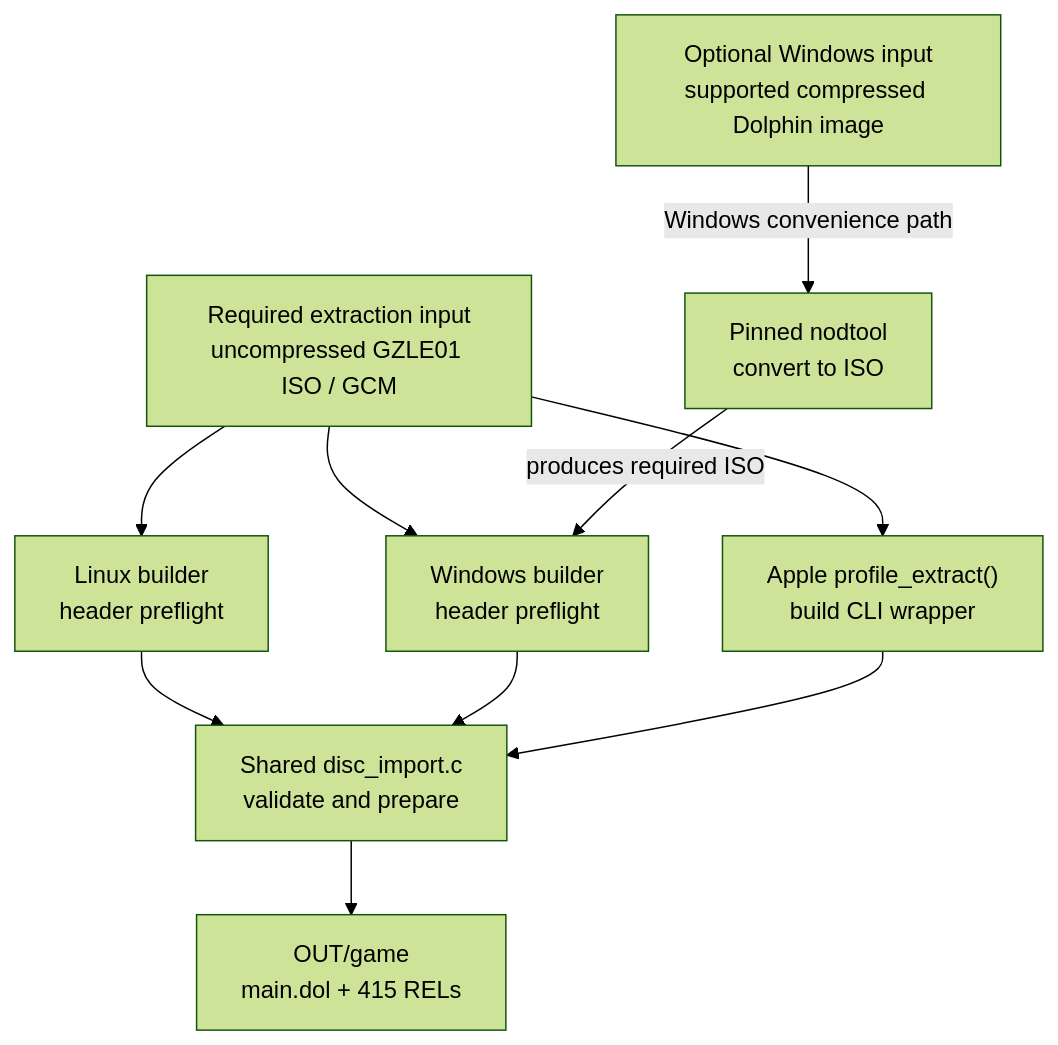
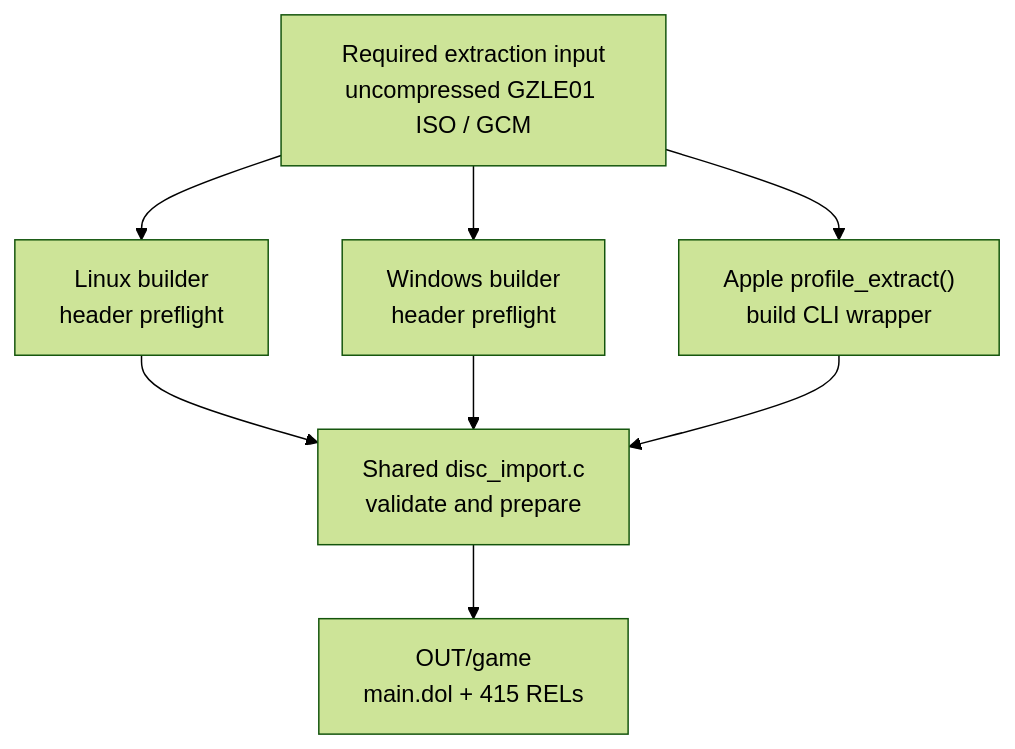
Before and after one commit to Aelbannan/boat_of_daphnes: the fourth of 4 diagrams in docs/architecture/Build.md, drawn with Mermaid (forest theme).

Commit message:
docs: simplify extraction overview

````diff
--- a/docs/architecture/Build.md
+++ b/docs/architecture/Build.md
@@ -228,21 +228,17 @@
 ```mermaid
 flowchart TD
     Disc["Required extraction input<br/>uncompressed GZLE01 ISO / GCM"]
-    Compressed["Optional Windows input<br/>supported compressed Dolphin image"]
     Linux["Linux builder<br/>header preflight"]
     Windows["Windows builder<br/>header preflight"]
-    Convert["Pinned nodtool<br/>convert to ISO"]
     Apple["Apple profile_extract()<br/>build CLI wrapper"]
     Importer["Shared disc_import.c<br/>validate and prepare"]
     Output["OUT/game<br/>main.dol + 415 RELs"]
 
     Disc --> Linux
     Disc --> Windows
     Disc --> Apple
-    Compressed -->|Windows convenience path| Convert
-    Convert -->|produces required ISO| Windows
     Linux --> Importer
     Windows --> Importer
     Apple --> Importer
     Importer --> Output
 ```
````
